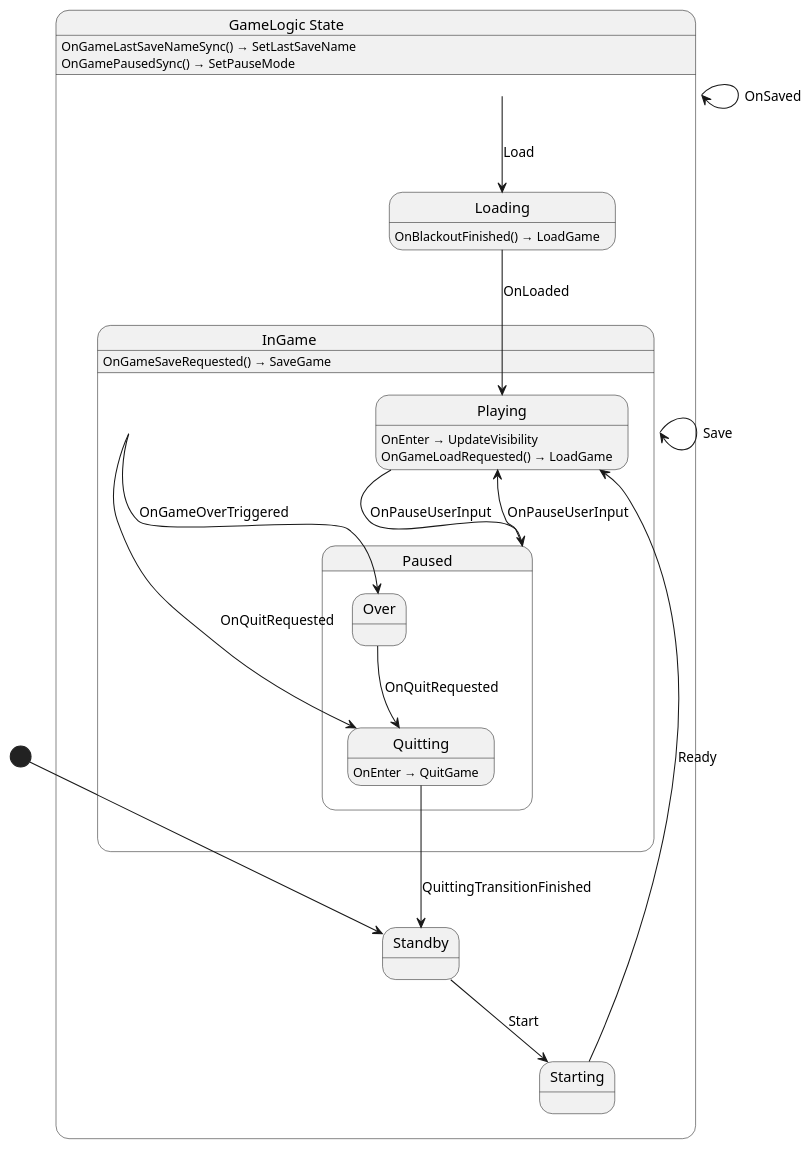
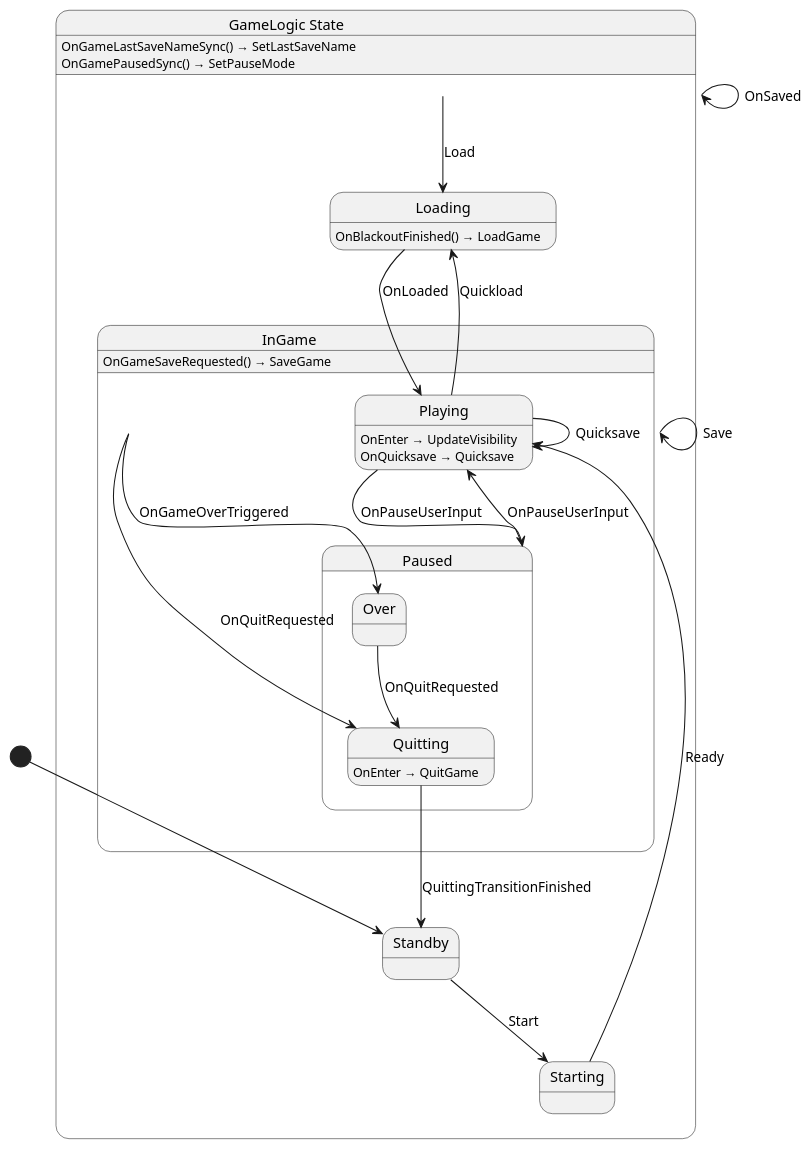
The diagram in Yolk.Logic/Game/GameLogic.g.puml (nilsiker/yolk), drawn with PlantUML before and after one commit. The commit also changed 17 other files, not shown here.

```diff
--- a/Yolk.Logic/Game/GameLogic.g.puml
+++ b/Yolk.Logic/Game/GameLogic.g.puml
@@ -1,37 +1,39 @@
 @startuml GameLogic
 state "GameLogic State" as Yolk_Game_GameLogic_State {
   state "InGame" as Yolk_Game_GameLogic_State_InGame {
     state "Paused" as Yolk_Game_GameLogic_State_InGame_Paused {
+      state "Quitting" as Yolk_Game_GameLogic_State_InGame_Paused_Quitting
       state "Over" as Yolk_Game_GameLogic_State_InGame_Paused_Over
-      state "Quitting" as Yolk_Game_GameLogic_State_InGame_Paused_Quitting
     }
     state "Playing" as Yolk_Game_GameLogic_State_InGame_Playing
   }
   state "Loading" as Yolk_Game_GameLogic_State_Loading
   state "Standby" as Yolk_Game_GameLogic_State_Standby
   state "Starting" as Yolk_Game_GameLogic_State_Starting
 }
 
 Yolk_Game_GameLogic_State --> Yolk_Game_GameLogic_State : OnSaved
 Yolk_Game_GameLogic_State --> Yolk_Game_GameLogic_State_Loading : Load
 Yolk_Game_GameLogic_State_InGame --> Yolk_Game_GameLogic_State_InGame : Save
 Yolk_Game_GameLogic_State_InGame --> Yolk_Game_GameLogic_State_InGame_Paused_Over : OnGameOverTriggered
 Yolk_Game_GameLogic_State_InGame --> Yolk_Game_GameLogic_State_InGame_Paused_Quitting : OnQuitRequested
 Yolk_Game_GameLogic_State_InGame_Paused --> Yolk_Game_GameLogic_State_InGame_Playing : OnPauseUserInput
 Yolk_Game_GameLogic_State_InGame_Paused_Over --> Yolk_Game_GameLogic_State_InGame_Paused_Quitting : OnQuitRequested
 Yolk_Game_GameLogic_State_InGame_Paused_Quitting --> Yolk_Game_GameLogic_State_Standby : QuittingTransitionFinished
 Yolk_Game_GameLogic_State_InGame_Playing --> Yolk_Game_GameLogic_State_InGame_Paused : OnPauseUserInput
+Yolk_Game_GameLogic_State_InGame_Playing --> Yolk_Game_GameLogic_State_InGame_Playing : Quicksave
+Yolk_Game_GameLogic_State_InGame_Playing --> Yolk_Game_GameLogic_State_Loading : Quickload
 Yolk_Game_GameLogic_State_Loading --> Yolk_Game_GameLogic_State_InGame_Playing : OnLoaded
 Yolk_Game_GameLogic_State_Standby --> Yolk_Game_GameLogic_State_Starting : Start
 Yolk_Game_GameLogic_State_Starting --> Yolk_Game_GameLogic_State_InGame_Playing : Ready
 
 Yolk_Game_GameLogic_State : OnGameLastSaveNameSync() → SetLastSaveName
 Yolk_Game_GameLogic_State : OnGamePausedSync() → SetPauseMode
 Yolk_Game_GameLogic_State_InGame : OnGameSaveRequested() → SaveGame
 Yolk_Game_GameLogic_State_InGame_Paused_Quitting : OnEnter → QuitGame
 Yolk_Game_GameLogic_State_InGame_Playing : OnEnter → UpdateVisibility
-Yolk_Game_GameLogic_State_InGame_Playing : OnGameLoadRequested() → LoadGame
+Yolk_Game_GameLogic_State_InGame_Playing : OnQuicksave → Quicksave
 Yolk_Game_GameLogic_State_Loading : OnBlackoutFinished() → LoadGame
 
 [*] --> Yolk_Game_GameLogic_State_Standby
 @enduml
```
